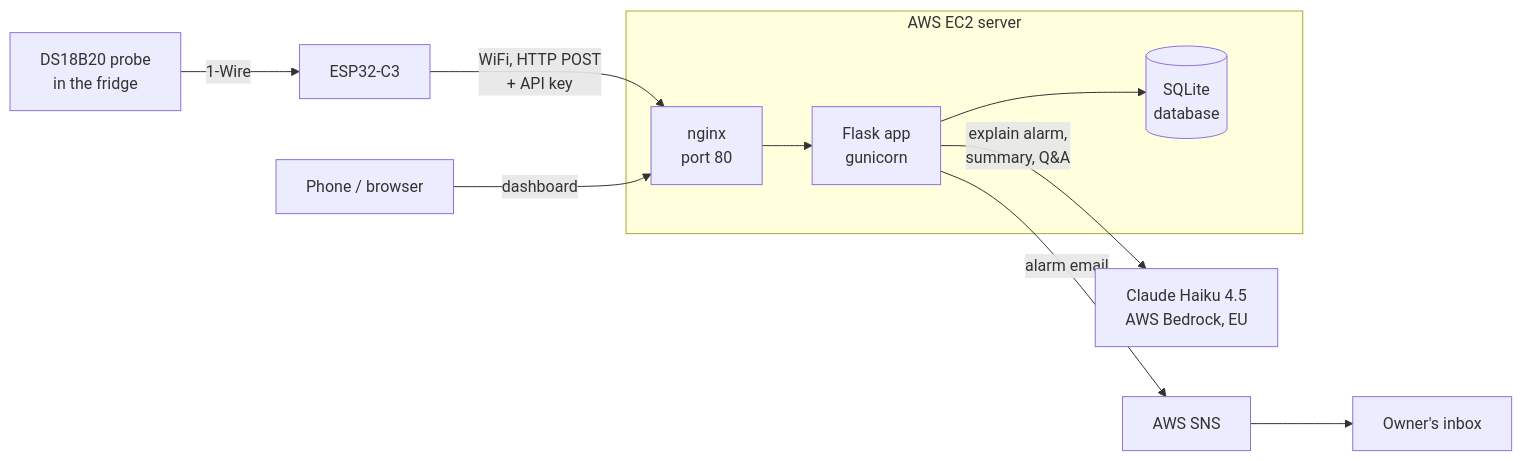
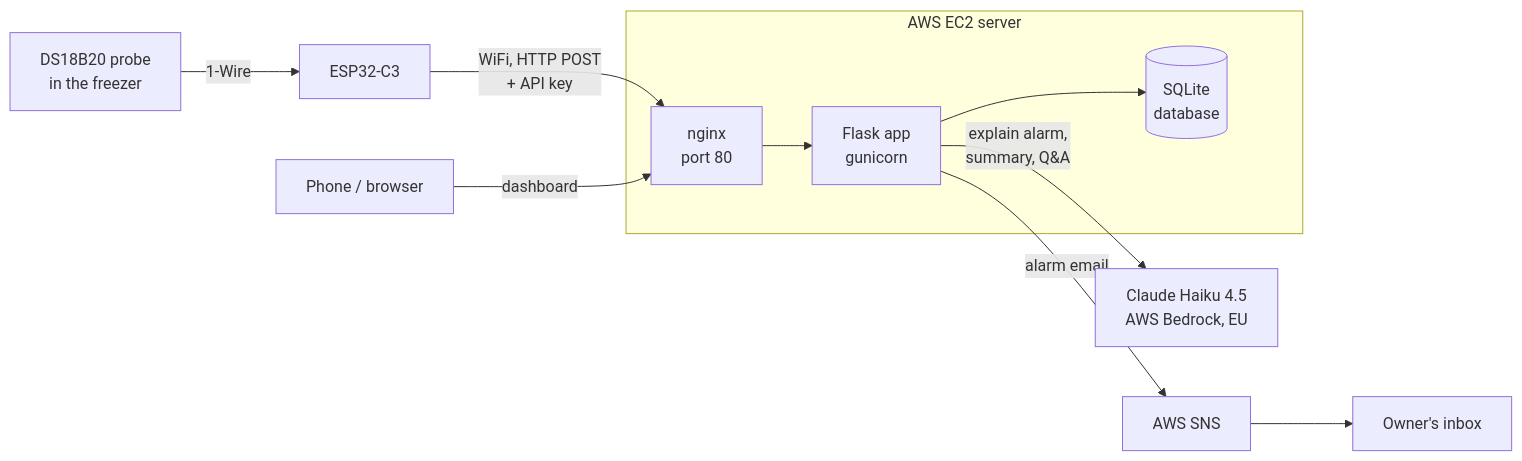
One commit to ivclabs/APL_Temp changed the first of 4 diagrams in docs/DOCUMENTATION.md. Above: the diagram before and after it, drawn with Mermaid. The commit also changed other lines of this file and 2 other files, not shown here.

Commit message:
Docs: final test is in a freezer - freezer limits, AI examples and video script

````diff
--- a/docs/DOCUMENTATION.md
+++ b/docs/DOCUMENTATION.md
@@ -51,12 +51,12 @@
 ```mermaid
 flowchart LR
-    S[DS18B20 probe<br/>in the fridge] -->|1-Wire| E[ESP32-C3]
+    S[DS18B20 probe<br/>in the freezer] -->|1-Wire| E[ESP32-C3]
     E -->|WiFi, HTTP POST<br/>+ API key| N[nginx<br/>port 80]
     subgraph AWS EC2 server
         N --> F[Flask app<br/>gunicorn]
         F --> D[(SQLite<br/>database)]
     end
     F -->|explain alarm,<br/>summary, Q&A| B[Claude Haiku 4.5<br/>AWS Bedrock, EU]
     F -->|alarm email| SNS[AWS SNS] --> M[Owner's inbox]
     U[Phone / browser] -->|dashboard| N
 ```
````
